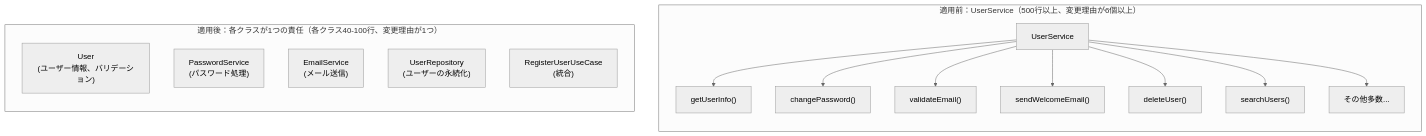
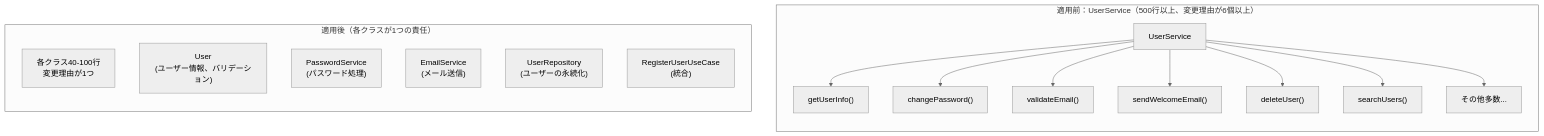
Before and after one commit to duwenji/clean-architecture: the third of 3 diagrams in docs/02-core-principles/01-single-responsibility.md, drawn with Mermaid (neutral theme). The commit also changed 63 other files, not shown here.

Commit message:
Update mermaid images: remove outdated files and add new graphics

````diff
--- a/docs/02-core-principles/01-single-responsibility.md
+++ b/docs/02-core-principles/01-single-responsibility.md
@@ -247,22 +247,23 @@
 ```mermaid
 flowchart TD
     subgraph Before["適用前：UserService（500行以上、変更理由が6個以上）"]
         direction TB
         B0[UserService] --> B1["getUserInfo()"]
         B0 --> B2["changePassword()"]
         B0 --> B3["validateEmail()"]
         B0 --> B4["sendWelcomeEmail()"]
         B0 --> B5["deleteUser()"]
         B0 --> B6["searchUsers()"]
         B0 --> B7["その他多数..."]
     end
 
-    subgraph After["適用後：各クラスが1つの責任（各クラス40-100行、変更理由が1つ）"]
+    subgraph After["適用後（各クラスが1つの責任）"]
         direction TB
+        ANote["各クラス40-100行<br/>変更理由が1つ"]
         A1["User<br/>(ユーザー情報、バリデーション)"]
         A2["PasswordService<br/>(パスワード処理)"]
         A3["EmailService<br/>(メール送信)"]
         A4["UserRepository<br/>(ユーザーの永続化)"]
         A5["RegisterUserUseCase<br/>(統合)"]
     end
 ```
````
